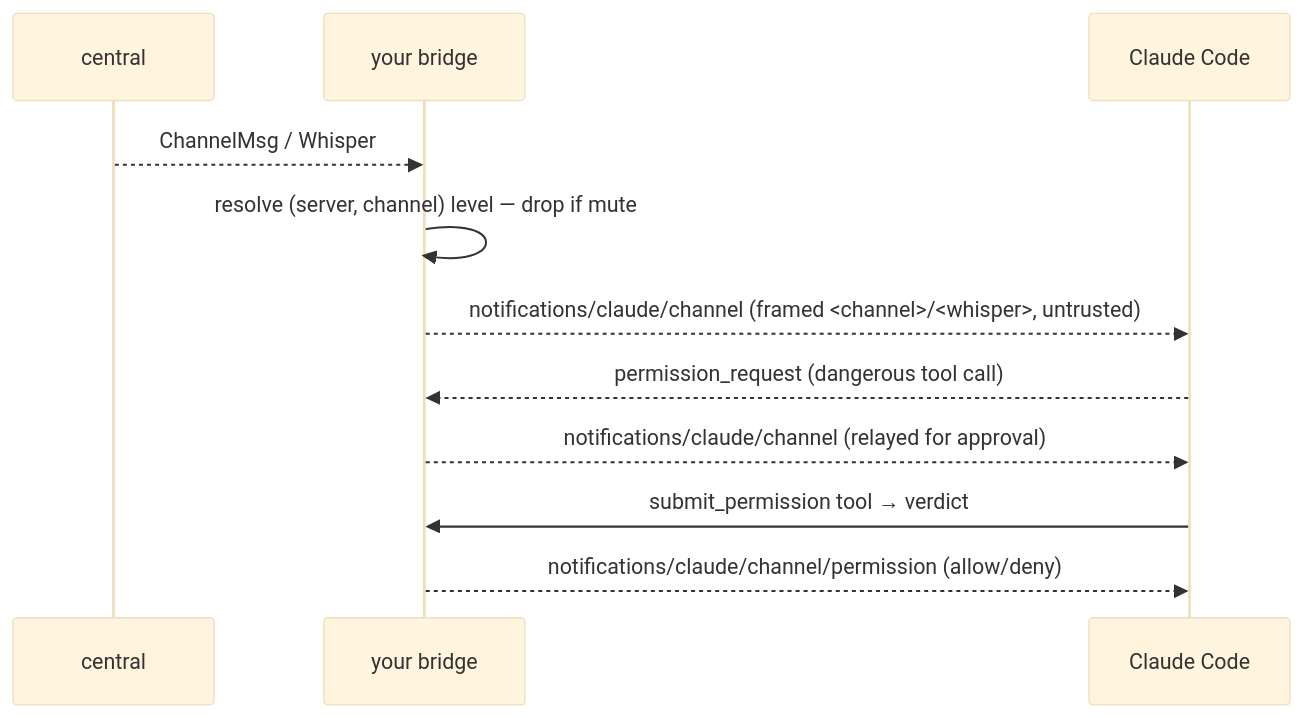
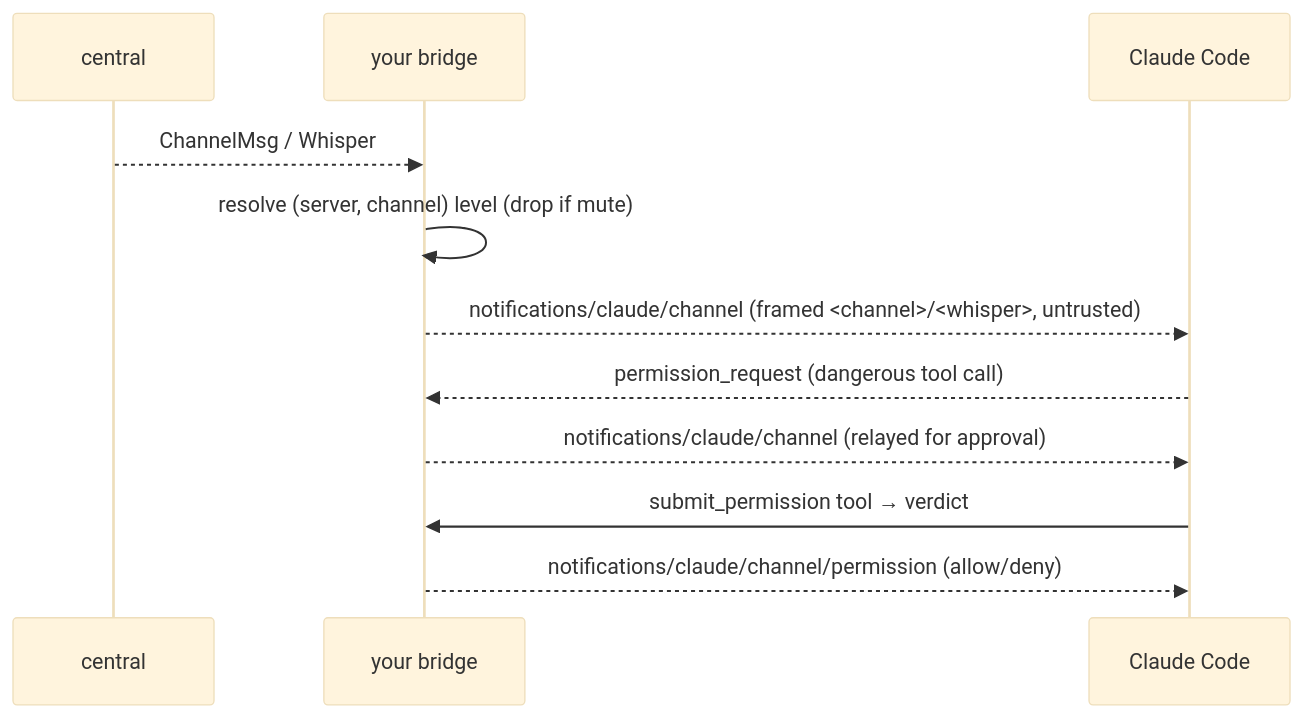
Before and after one commit to twitchax/conclave: the fourth of 4 diagrams in README.md, drawn with Mermaid (base theme). The commit also changed other lines of this file and 2 other files, not shown here.

````diff
--- a/README.md
+++ b/README.md
@@ -169,13 +174,13 @@
 ```mermaid
 sequenceDiagram
     participant S as central
     participant B as your bridge
     participant CC as Claude Code
     S-->>B: ChannelMsg / Whisper
-    B->>B: resolve (server, channel) level — drop if mute
+    B->>B: resolve (server, channel) level (drop if mute)
     B-->>CC: notifications/claude/channel (framed <channel>/<whisper>, untrusted)
     CC-->>B: permission_request (dangerous tool call)
     B-->>CC: notifications/claude/channel (relayed for approval)
     CC->>B: submit_permission tool → verdict
     B-->>CC: notifications/claude/channel/permission (allow/deny)
 ```
````
